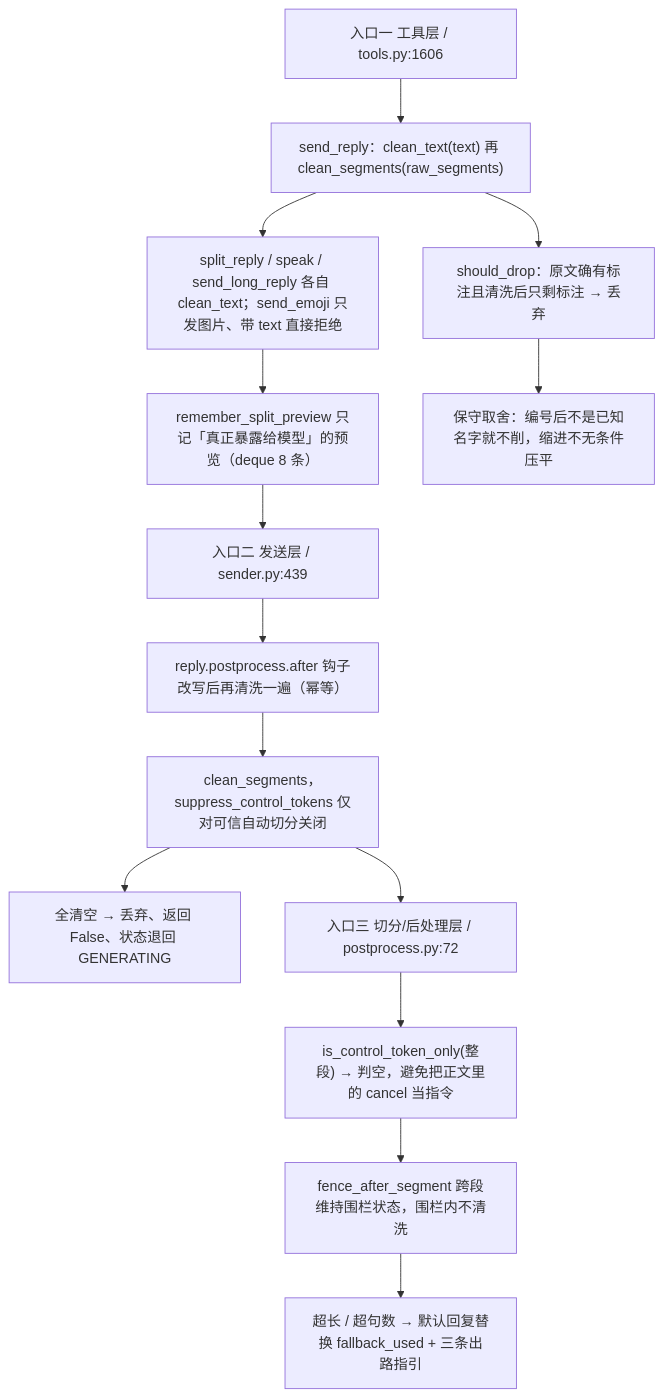
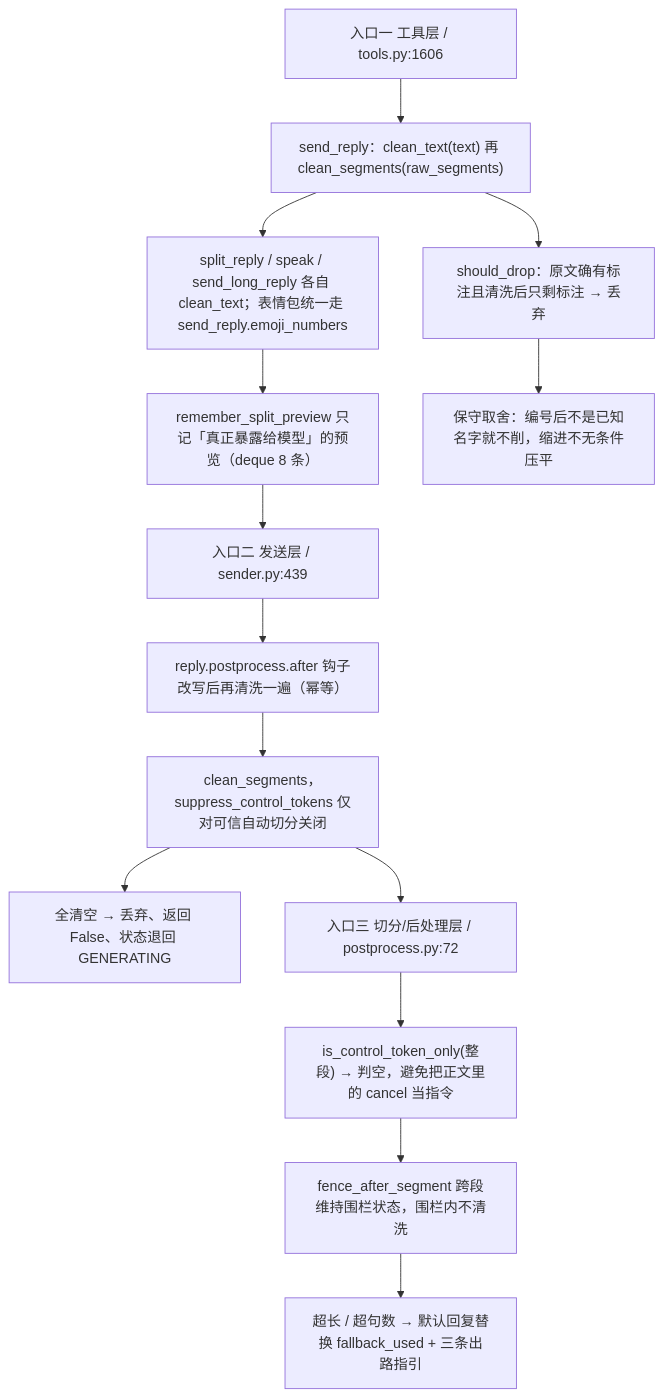
One commit to SuperQuail/NeoBot changed the eighth of 13 diagrams in docs/flow/03b-reply-tools.md. Above: the diagram before and after it, drawn with Mermaid. The commit also changed other lines of this file and 11 other files, not shown here.

First line of the commit message:
docs(flow): 同步提示词注册表流程图并记录变更

````diff
--- a/docs/flow/03b-reply-tools.md
+++ b/docs/flow/03b-reply-tools.md
@@ -311,16 +313,16 @@
 ```mermaid
 flowchart TD
     A["入口一 工具层 / tools.py:1606"] --> A1["send_reply：clean_text(text) 再 clean_segments(raw_segments)"]
-    A1 --> A2["split_reply / speak / send_long_reply 各自 clean_text；send_emoji 只发图片、带 text 直接拒绝"]
+    A1 --> A2["split_reply / speak / send_long_reply 各自 clean_text；表情包统一走 send_reply.emoji_numbers"]
     A2 --> A3["remember_split_preview 只记「真正暴露给模型」的预览（deque 8 条）"]
     A3 --> B["入口二 发送层 / sender.py:439"]
     B --> B1["reply.postprocess.after 钩子改写后再清洗一遍（幂等）"]
     B1 --> B2["clean_segments，suppress_control_tokens 仅对可信自动切分关闭"]
     B2 --> B3["全清空 → 丢弃、返回 False、状态退回 GENERATING"]
     B2 --> C["入口三 切分/后处理层 / postprocess.py:72"]
     C --> C1["is_control_token_only(整段) → 判空，避免把正文里的 cancel 当指令"]
     C1 --> C2["fence_after_segment 跨段维持围栏状态，围栏内不清洗"]
     C2 --> C3["超长 / 超句数 → 默认回复替换 fallback_used + 三条出路指引"]
     A1 --> D["should_drop：原文确有标注且清洗后只剩标注 → 丢弃"]
     D --> E["保守取舍：编号后不是已知名字就不削，缩进不无条件压平"]
 ```
````
